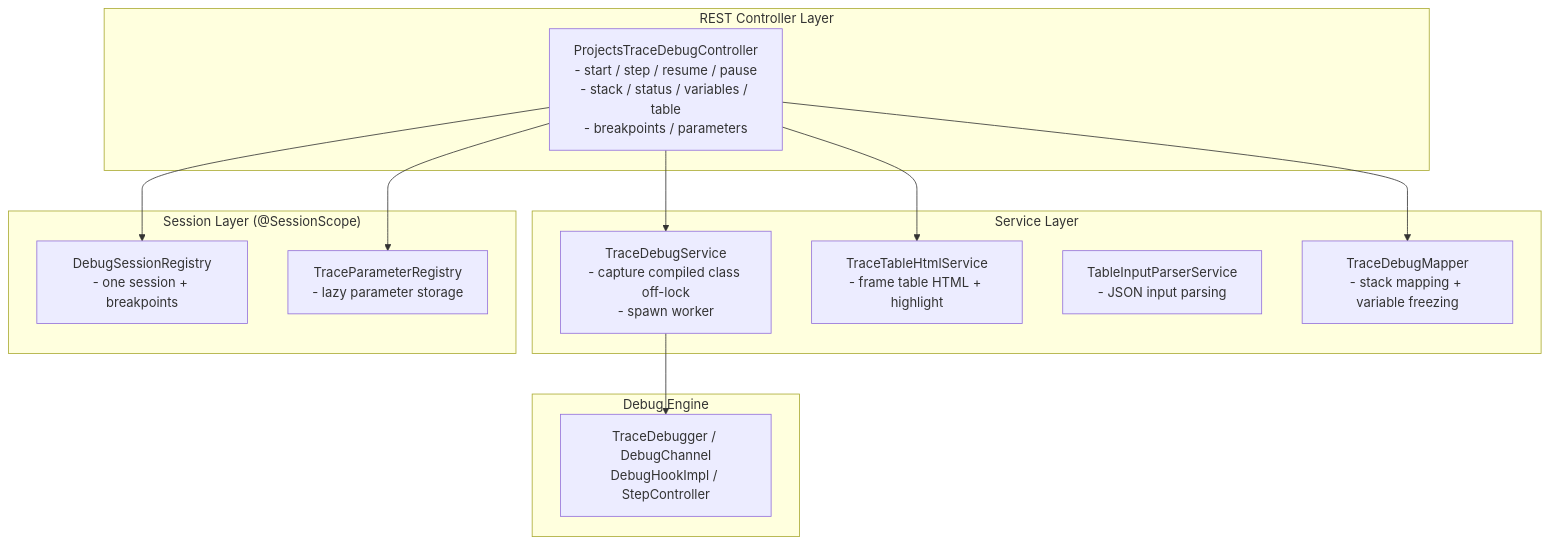
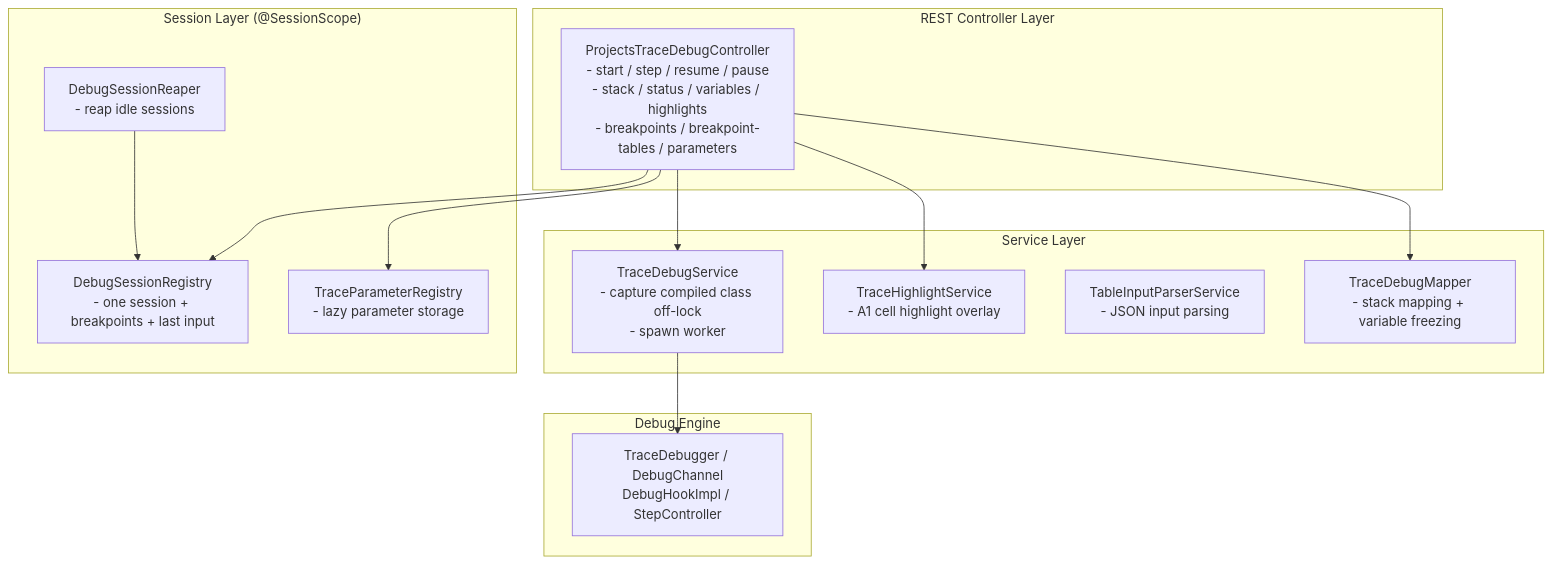
Before and after one commit to openl-tablets/openl-tablets: the first of 2 diagrams in Docs/api/projects-trace-api.md, drawn with Mermaid. The commit also changed other lines of this file and 3 other files, not shown here.

````diff
--- a/Docs/api/projects-trace-api.md
+++ b/Docs/api/projects-trace-api.md
@@ -55,25 +64,27 @@
 ```mermaid
 flowchart TB
     subgraph REST["REST Controller Layer"]
-        C["ProjectsTraceDebugController<br/>- start / step / resume / pause<br/>- stack / status / variables / table<br/>- breakpoints / parameters"]
+        C["ProjectsTraceDebugController<br/>- start / step / resume / pause<br/>- stack / status / variables / highlights<br/>- breakpoints / breakpoint-tables / parameters"]
     end
     subgraph SERVICE["Service Layer"]
         S1["TraceDebugService<br/>- capture compiled class off-lock<br/>- spawn worker"]
-        S2["TraceTableHtmlService<br/>- frame table HTML + highlight"]
+        S2["TraceHighlightService<br/>- A1 cell highlight overlay"]
         S3["TableInputParserService<br/>- JSON input parsing"]
         M["TraceDebugMapper<br/>- stack mapping + variable freezing"]
     end
     subgraph SESSION["Session Layer (@SessionScope)"]
-        R1["DebugSessionRegistry<br/>- one session + breakpoints"]
+        R1["DebugSessionRegistry<br/>- one session + breakpoints + last input"]
         R2["TraceParameterRegistry<br/>- lazy parameter storage"]
+        R3["DebugSessionReaper<br/>- reap idle sessions"]
     end
     subgraph ENGINE["Debug Engine"]
         D["TraceDebugger / DebugChannel<br/>DebugHookImpl / StepController"]
     end
     C --> S1
     C --> S2
     C --> M
     C --> R1
     C --> R2
     S1 --> D
+    R3 --> R1
 ```
````
